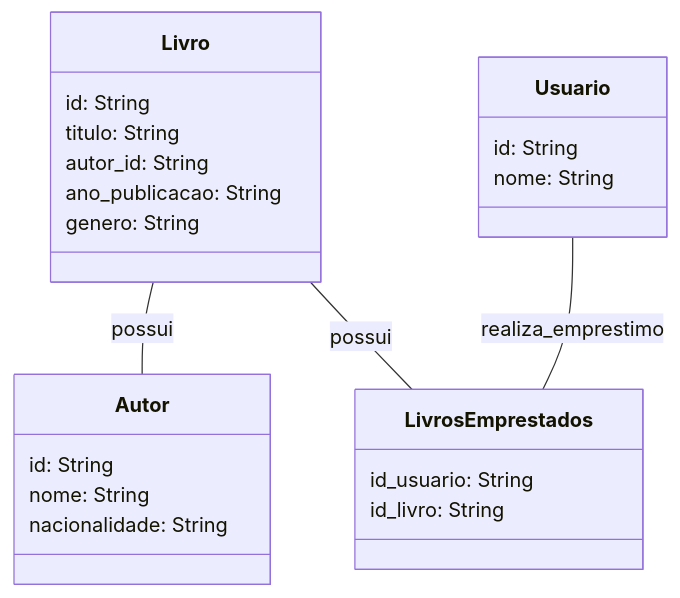
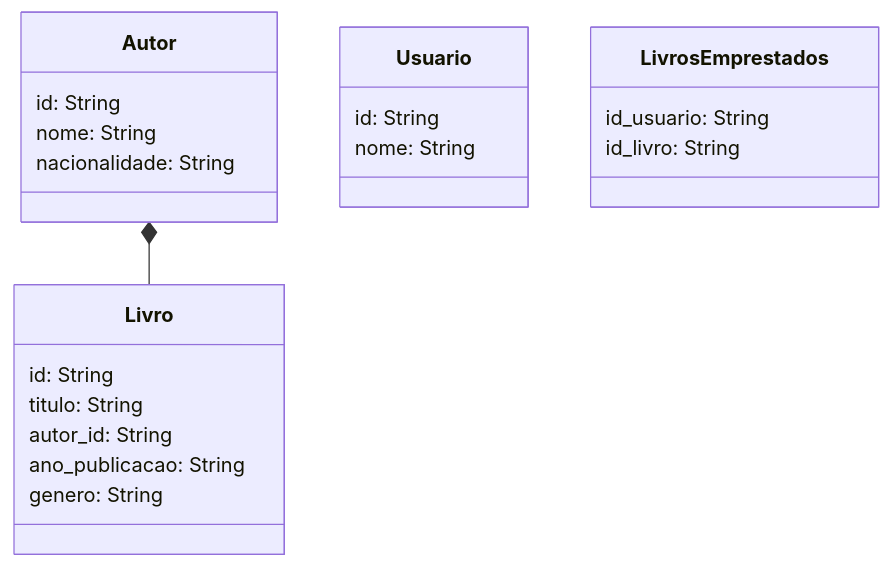
The diagram in santander-dev-week-2023/README.MD (rafael2051/Controle-de-Fluxo---Desafio), drawn with Mermaid before and after one commit.

````diff
--- a/santander-dev-week-2023/README.MD
+++ b/santander-dev-week-2023/README.MD
@@ -6,30 +6,29 @@
 ```mermaid
 classDiagram
     class Livro {
         id: String
         titulo: String
         autor_id: String
         ano_publicacao: String
         genero: String
     }
 
     class Autor {
         id: String
         nome: String
         nacionalidade: String
     }
 
     class Usuario {
         id: String
         nome: String
     }
 
     class LivrosEmprestados {
         id_usuario: String
         id_livro: String
     }
 
-    Livro -- Autor : possui
-    Usuario -- LivrosEmprestados : realiza_emprestimo
-    Livro -- LivrosEmprestados : possui
+    Autor *-- Livro
+
 ```
````
